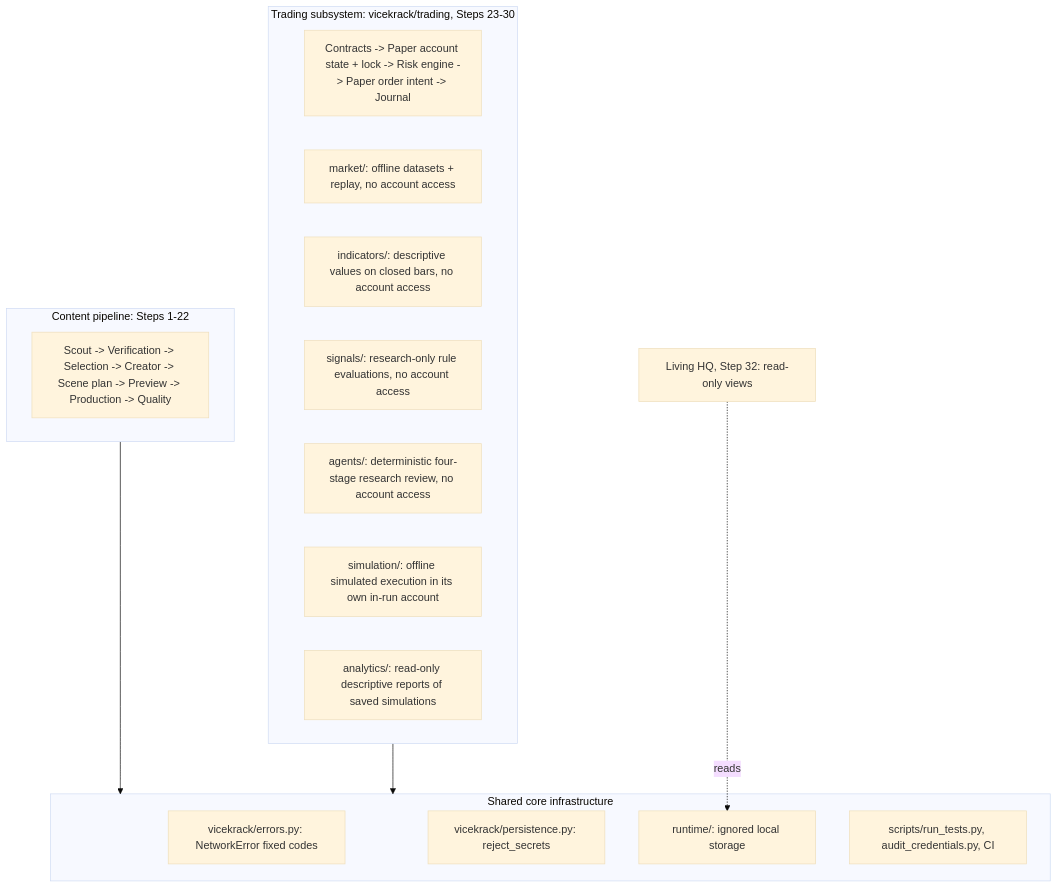
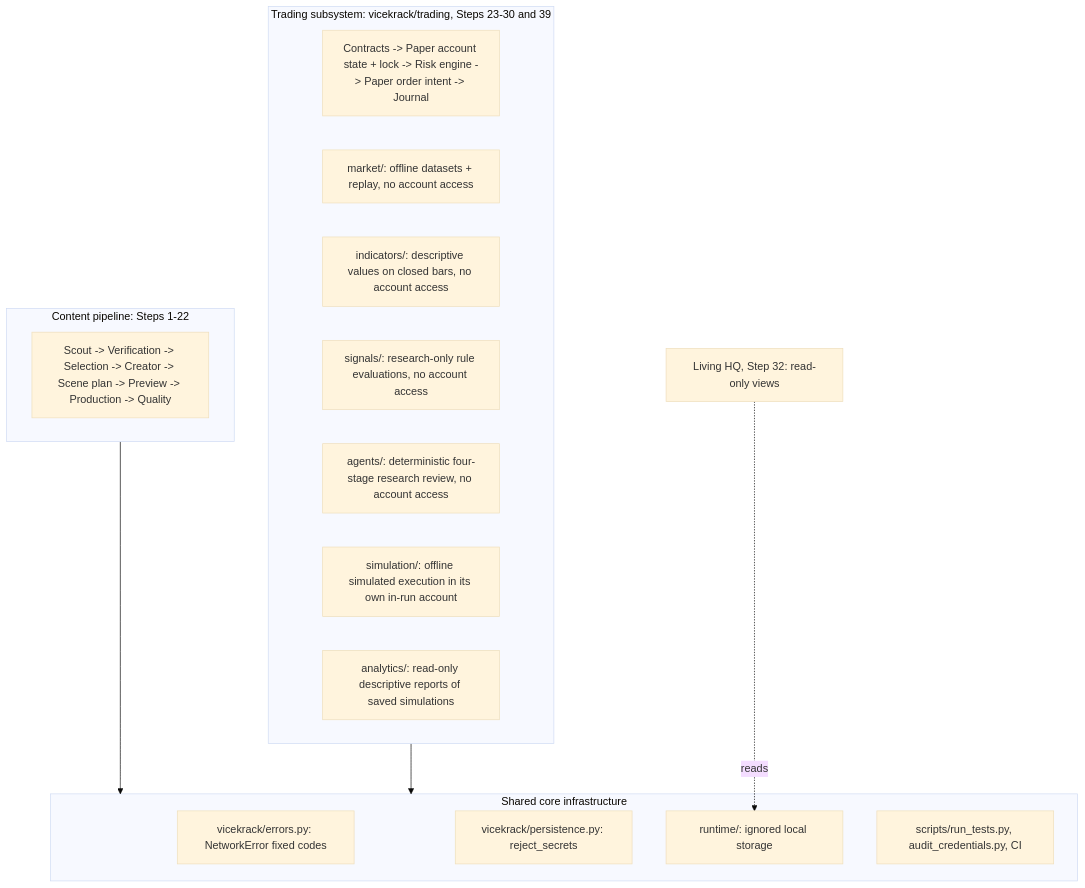
The diagram in docs/subsystems.md (richburtonjr-pixel/-Vicekrack-agent-network), drawn with Mermaid (base theme) before and after one commit. The commit also changed other lines of this file and 37 other files, not shown here.

````diff
--- a/docs/subsystems.md
+++ b/docs/subsystems.md
@@ -6,25 +6,25 @@
 ```mermaid
 flowchart TB
     subgraph Core[Shared core infrastructure]
         E[vicekrack/errors.py: NetworkError fixed codes]
         P[vicekrack/persistence.py: reject_secrets]
         R[runtime/: ignored local storage]
         CI[scripts/run_tests.py, audit_credentials.py, CI]
     end
     subgraph Content[Content pipeline: Steps 1-22]
         C1[Scout -> Verification -> Selection -> Creator -> Scene plan -> Preview -> Production -> Quality]
     end
-    subgraph Trading[Trading subsystem: vicekrack/trading, Steps 23-30]
+    subgraph Trading[Trading subsystem: vicekrack/trading, Steps 23-30 and 39]
         T1[Contracts -> Paper account state + lock -> Risk engine -> Paper order intent -> Journal]
         T2[market/: offline datasets + replay, no account access]
         T3[indicators/: descriptive values on closed bars, no account access]
         T4[signals/: research-only rule evaluations, no account access]
         T5[agents/: deterministic four-stage research review, no account access]
         T6[simulation/: offline simulated execution in its own in-run account]
         T7[analytics/: read-only descriptive reports of saved simulations]
     end
     CC[Living HQ, Step 32: read-only views]
     Content --> Core
     Trading --> Core
     CC -. reads .-> R
 ```
````
